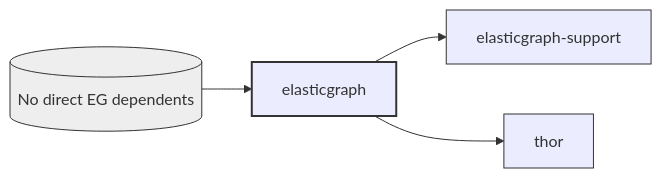
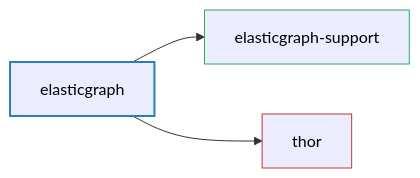
Before and after one commit to block/elasticgraph: the diagram in elasticgraph/README.md, drawn with Mermaid. The commit also changed 21 other files, not shown here.

````diff
--- a/elasticgraph/README.md
+++ b/elasticgraph/README.md
@@ -8,14 +8,11 @@
 ```mermaid
 graph LR;
+    elasticgraph["elasticgraph"];
+    elasticgraph-support["elasticgraph-support"];
     elasticgraph --> elasticgraph-support;
+    thor["thor"];
     elasticgraph --> thor;
-    no_eg_dependents[(No direct EG dependents)] --> elasticgraph;
-    classDef currentGemStyle fill:#lightblue,stroke:#333,stroke-width:2px;
-    classDef internalEgGemStyle fill:#lightgreen,stroke:#333,stroke-width:1px;
-    classDef externalGemStyle fill:#lightcoral,stroke:#333,stroke-width:1px;
-    classDef placeholderNodeStyle fill:#eee,stroke:#333,stroke-width:1px;
-    class elasticgraph currentGemStyle;
-    class elasticgraph-support internalEgGemStyle;
-    class thor externalGemStyle;
-    class no_eg_dependents placeholderNodeStyle;
+    style elasticgraph fill:#lightblue,stroke:#2980b9,stroke-width:2px,color:#000;
+    style elasticgraph-support fill:#lightgreen,stroke:#27ae60,stroke-width:1px,color:#000;
+    style thor fill:#lightcoral,stroke:#c0392b,stroke-width:1px,color:#000;
 ```
````
